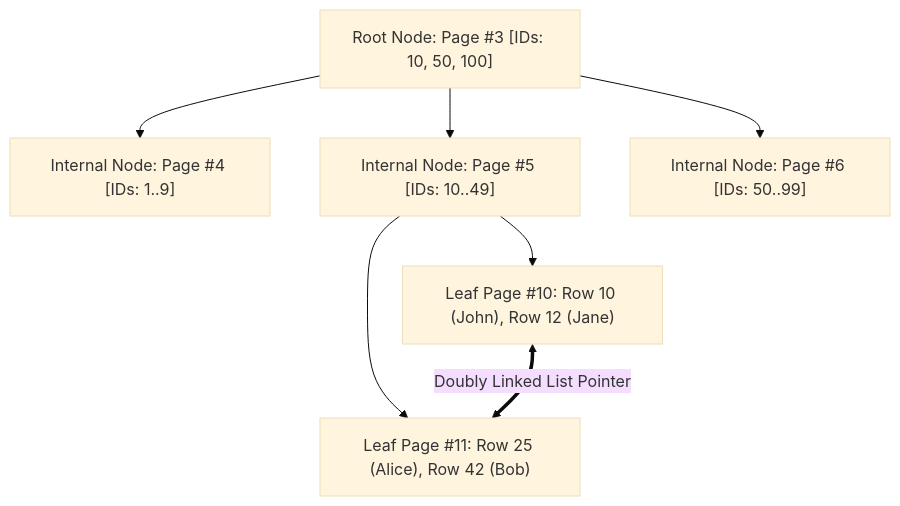
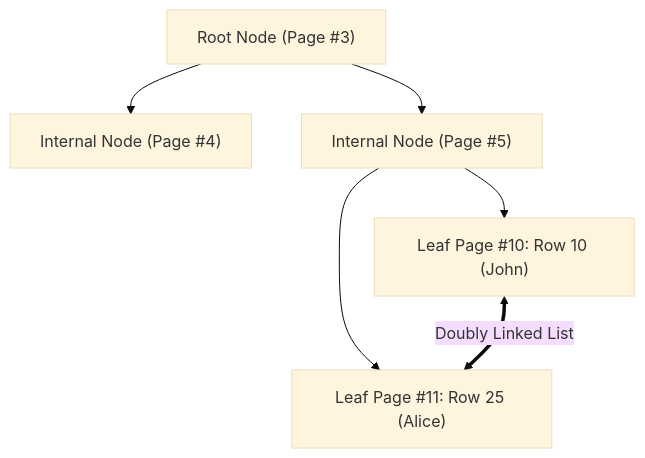
The second of 2 diagrams in database-deep-dives/01_mysql_innodb_internals.md (fazleyrabby/backend-engineering-mastery), drawn with Mermaid (base theme) before and after one commit. The commit also changed other lines of this file and 15 other files, not shown here.

````diff
--- a/database-deep-dives/01_mysql_innodb_internals.md
+++ b/database-deep-dives/01_mysql_innodb_internals.md
@@ -64,11 +65,10 @@
 ```mermaid
 graph TD
-    Root["Root Node: Page #3 [IDs: 10, 50, 100]"] --> Child1["Internal Node: Page #4 [IDs: 1..9]"]
-    Root --> Child2["Internal Node: Page #5 [IDs: 10..49]"]
-    Root --> Child3["Internal Node: Page #6 [IDs: 50..99]"]
+    Root["Root Node (Page #3)"] --> Child1["Internal Node (Page #4)"]
+    Root --> Child2["Internal Node (Page #5)"]
 
-    Child2 --> Leaf1["Leaf Page #10: Row 10 (John), Row 12 (Jane)"]
-    Child2 --> Leaf2["Leaf Page #11: Row 25 (Alice), Row 42 (Bob)"]
+    Child2 --> Leaf1["Leaf Page #10: Row 10 (John)"]
+    Child2 --> Leaf2["Leaf Page #11: Row 25 (Alice)"]
     
-    Leaf1 <== Doubly Linked List Pointer ==> Leaf2
+    Leaf1 <== "Doubly Linked List" ==> Leaf2
 ```
````
